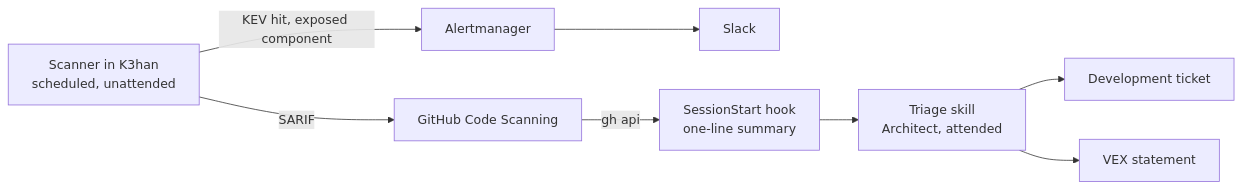
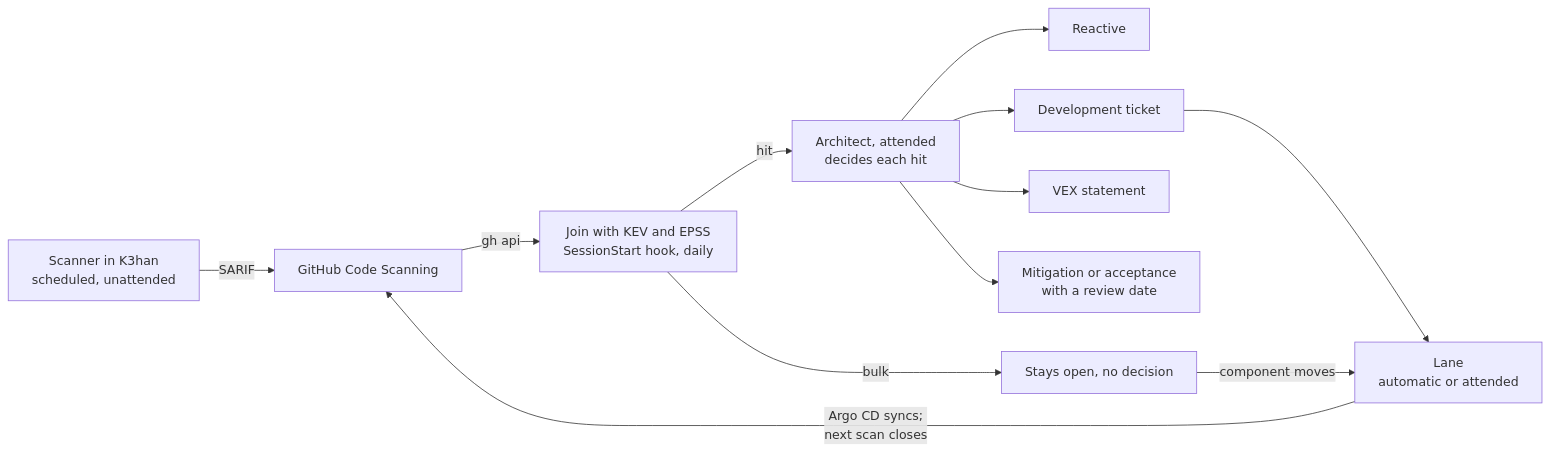
One commit to SafeChord/Docs changed the diagram in docs/safechord.chorde.k3han.operations.md. Above: the diagram before and after it, drawn with Mermaid. The commit also changed other lines of this file, not shown here.

First line of the commit message:
docs(operations): triage hits only, move bulk by lanes

````diff
--- a/docs/safechord.chorde.k3han.operations.md
+++ b/docs/safechord.chorde.k3han.operations.md
@@ -46,9 +47,14 @@
 ```mermaid
 flowchart LR
   S["Scanner in K3han<br/>scheduled, unattended"] -->|SARIF| CS[GitHub Code Scanning]
-  S -->|"KEV hit, exposed component"| AM[Alertmanager] --> SL[Slack]
-  CS -->|gh api| H["SessionStart hook<br/>one-line summary"]
-  H --> T["Triage skill<br/>Architect, attended"]
-  T --> TK[Development ticket]
-  T --> V[VEX statement]
+  CS -->|gh api| J["Join with KEV and EPSS<br/>SessionStart hook, daily"]
+  J -->|hit| A["Architect, attended<br/>decides each hit"]
+  J -->|bulk| W[Stays open, no decision]
+  A --> R[Reactive]
+  A --> TK[Development ticket]
+  A --> V[VEX statement]
+  A --> M["Mitigation or acceptance<br/>with a review date"]
+  TK --> L["Lane<br/>automatic or attended"]
+  W -->|"component moves"| L
+  L -->|"Argo CD syncs;<br/>next scan closes"| CS
 ```
````
